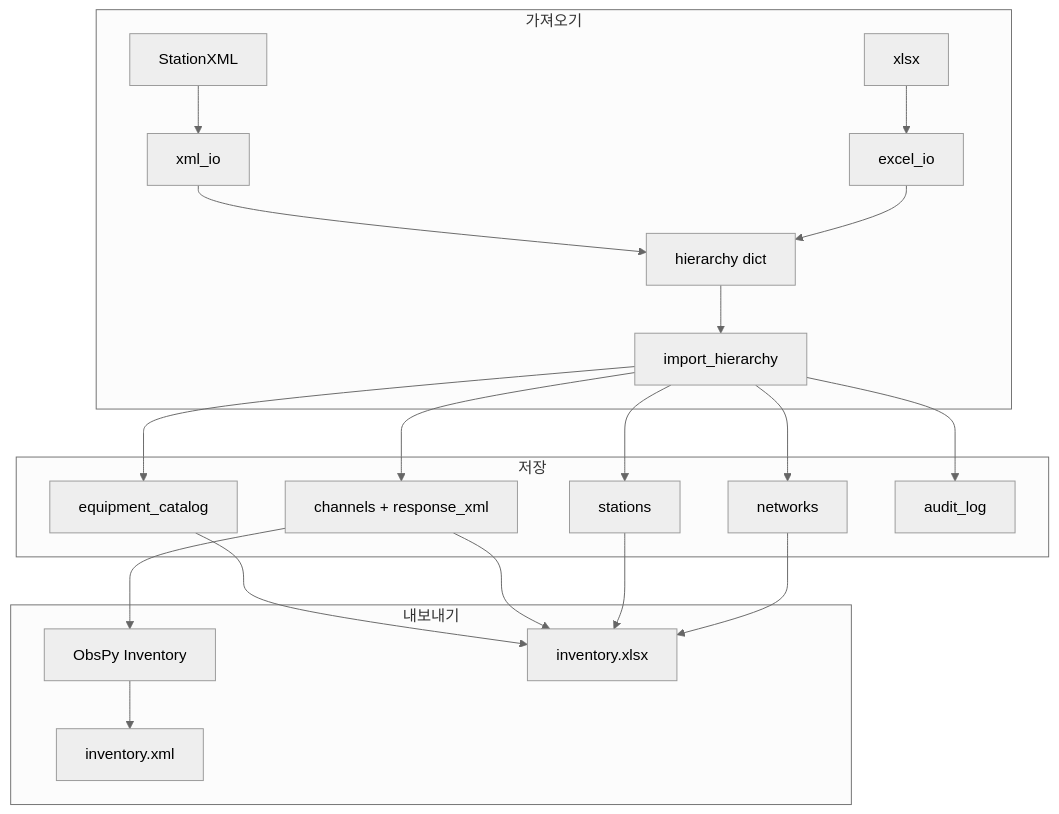
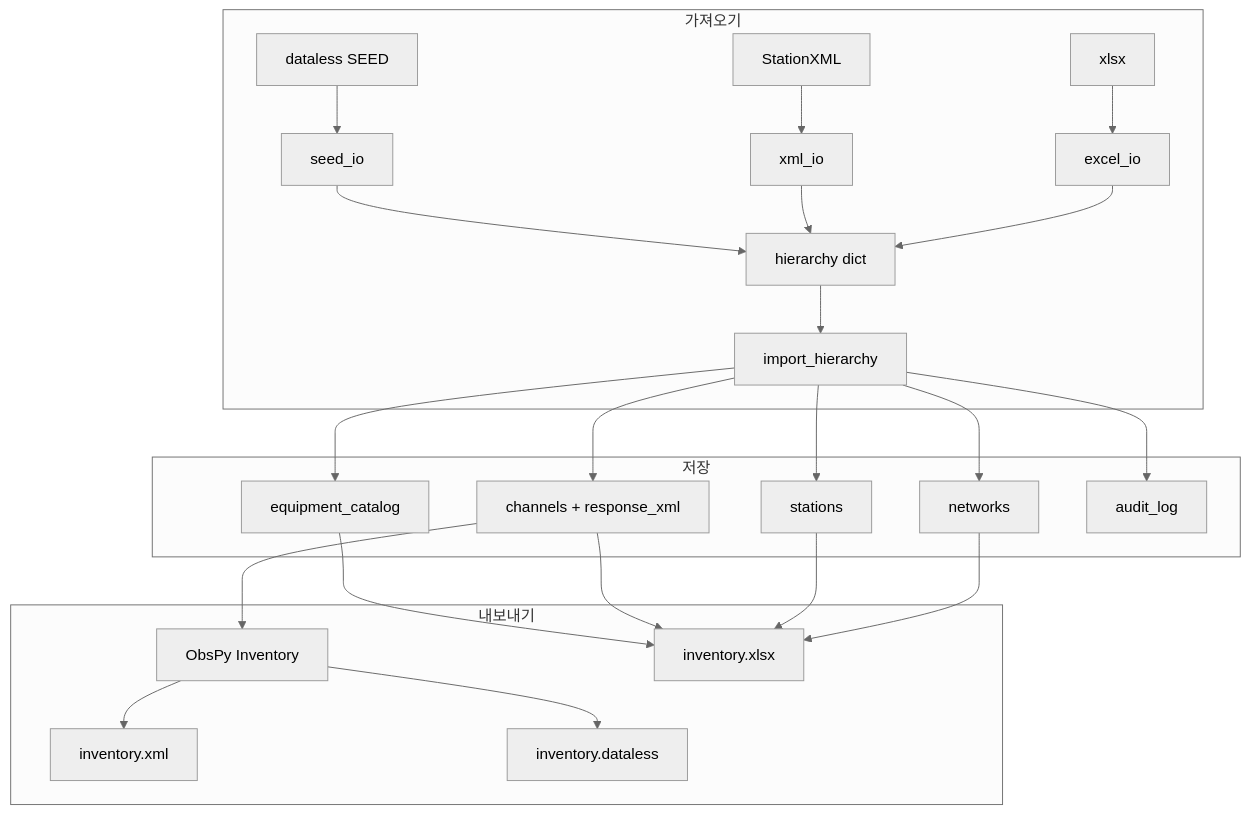
Before and after one commit to kerc-bikim/dev: the second of 2 diagrams in stationxml_manager/PLAN.md, drawn with Mermaid (neutral theme). The commit also changed other lines of this file and 23 other files, not shown here.

First line of the commit message:
Add response curves, Poles/Zeros editing, and dataless SEED I/O.

````diff
--- a/stationxml_manager/PLAN.md
+++ b/stationxml_manager/PLAN.md
@@ -61,25 +61,28 @@
 ```mermaid
 flowchart TB
   subgraph ingest [가져오기]
     XLSX[xlsx] --> excel_io
     XML[StationXML] --> xml_io
+    SEED[dataless SEED] --> seed_io
     excel_io --> hier[hierarchy dict]
     xml_io --> hier
+    seed_io --> hier
     hier --> import_h[import_hierarchy]
   end
   subgraph store [저장]
     import_h --> NET[networks]
     import_h --> STA[stations]
     import_h --> CHA[channels + response_xml]
     import_h --> CAT[equipment_catalog]
     import_h --> AUD[audit_log]
   end
   subgraph out [내보내기]
     CHA --> inventory[ObsPy Inventory]
     inventory --> OUTXML[inventory.xml]
+    inventory --> OUTSEED[inventory.dataless]
     NET --> OUTXLS[inventory.xlsx]
     STA --> OUTXLS
     CHA --> OUTXLS
     CAT --> OUTXLS
   end
 ```
````
